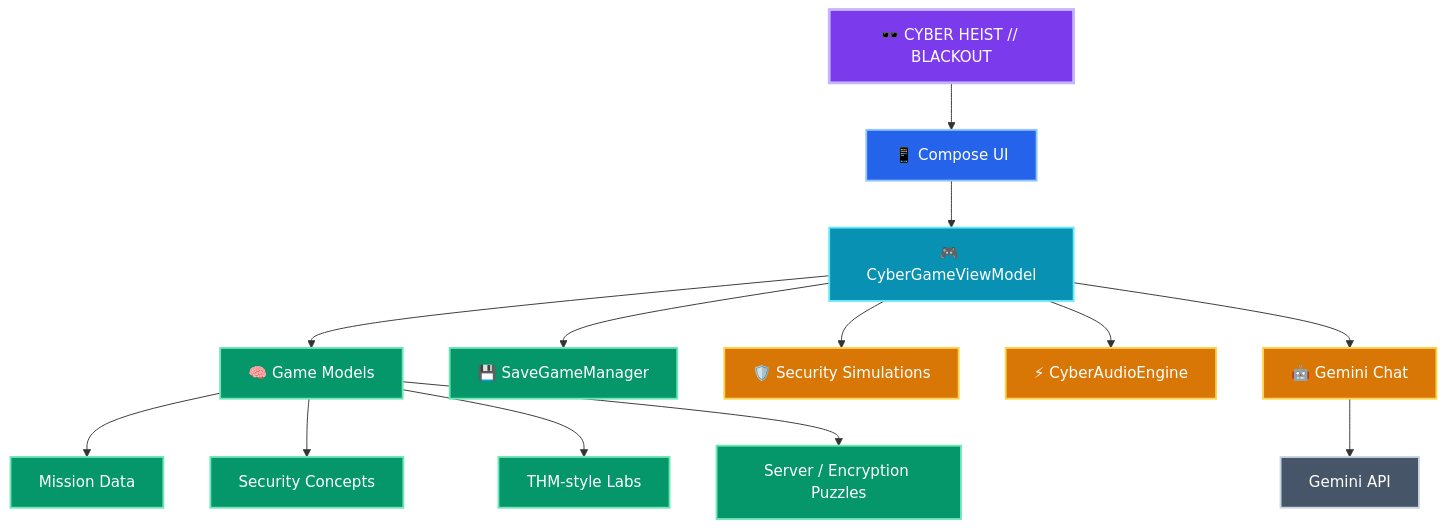
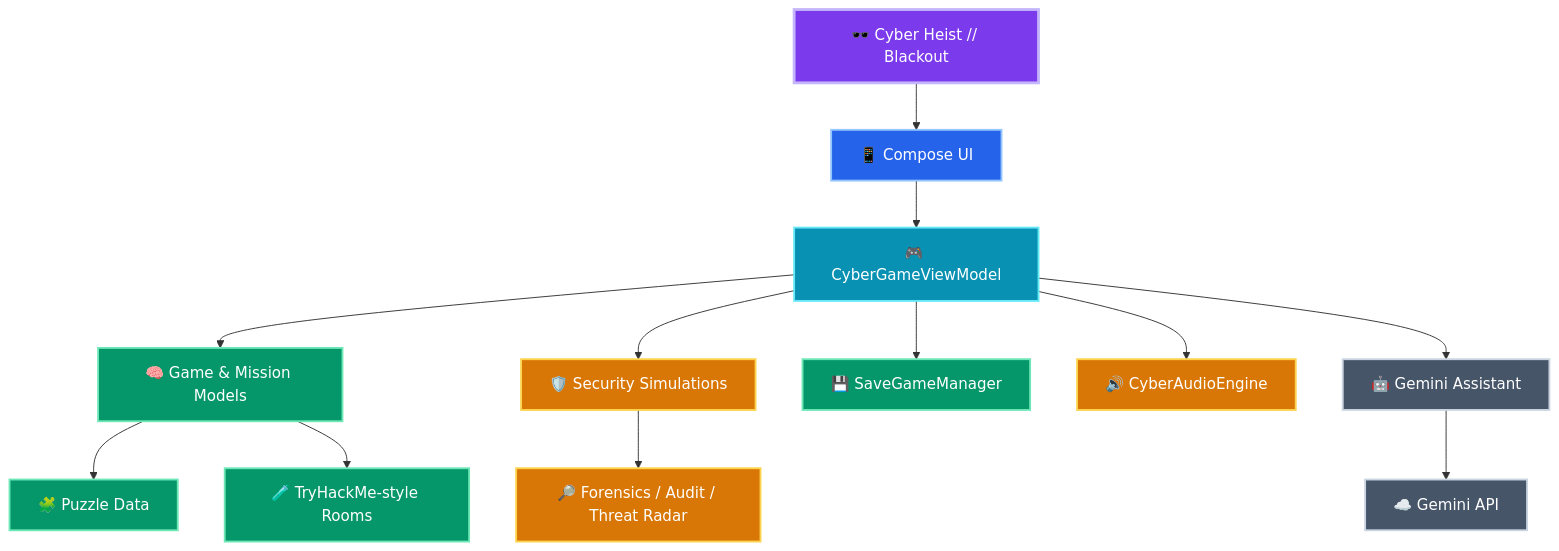
Before and after one commit to MrCheeku/Cyber-Heist-Blackout: the diagram in README.md, drawn with Mermaid. The commit also changed other lines of this file, not shown here.

````diff
--- a/README.md
+++ b/README.md
@@ -63,28 +91,27 @@
 ```mermaid
 flowchart TB
-    A[🕶️ CYBER HEIST // BLACKOUT] --> B[📱 Compose UI]
+    A[🕶️ Cyber Heist // Blackout] --> B[📱 Compose UI]
     B --> C[🎮 CyberGameViewModel]
-    C --> D[🧠 Game Models]
-    C --> E[💾 SaveGameManager]
-    C --> F[🛡️ Security Simulations]
-    C --> G[⚡ CyberAudioEngine]
-    C --> H[🤖 Gemini Chat]
-    D --> I[Mission Data]
-    D --> J[Security Concepts]
-    D --> K[THM-style Labs]
-    D --> L[Server / Encryption Puzzles]
-    H --> M[Gemini API]
-    
-    classDef root fill:#7c3aed,stroke:#c4b5fd,color:#fff,stroke-width:3px;
-    classDef ui fill:#2563eb,stroke:#93c5fd,color:#fff,stroke-width:2px;
-    classDef core fill:#0891b2,stroke:#67e8f9,color:#fff,stroke-width:2px;
-    classDef data fill:#059669,stroke:#6ee7b7,color:#fff,stroke-width:2px;
-    classDef feature fill:#d97706,stroke:#fcd34d,color:#fff,stroke-width:2px;
-    classDef external fill:#475569,stroke:#cbd5e1,color:#fff,stroke-width:2px;
+    C --> D[🧠 Game & Mission Models]
+    C --> E[🛡️ Security Simulations]
+    C --> F[💾 SaveGameManager]
+    C --> G[🔊 CyberAudioEngine]
+    C --> H[🤖 Gemini Assistant]
+    D --> I[🧩 Puzzle Data]
+    D --> J[🧪 TryHackMe-style Rooms]
+    E --> K[🔎 Forensics / Audit / Threat Radar]
+    H --> L[☁️ Gemini API]
+
+    classDef root fill:#7c3aed,stroke:#c4b5fd,color:#ffffff,stroke-width:3px;
+    classDef ui fill:#2563eb,stroke:#93c5fd,color:#ffffff,stroke-width:2px;
+    classDef core fill:#0891b2,stroke:#67e8f9,color:#ffffff,stroke-width:2px;
+    classDef data fill:#059669,stroke:#6ee7b7,color:#ffffff,stroke-width:2px;
+    classDef feature fill:#d97706,stroke:#fcd34d,color:#ffffff,stroke-width:2px;
+    classDef external fill:#475569,stroke:#cbd5e1,color:#ffffff,stroke-width:2px;
     class A root;
     class B ui;
     class C core;
-    class D,E,I,J,K,L data;
-    class F,G,H feature;
-    class M external;
+    class D,F,I,J data;
+    class E,G,K feature;
+    class H,L external;
 ```
````
